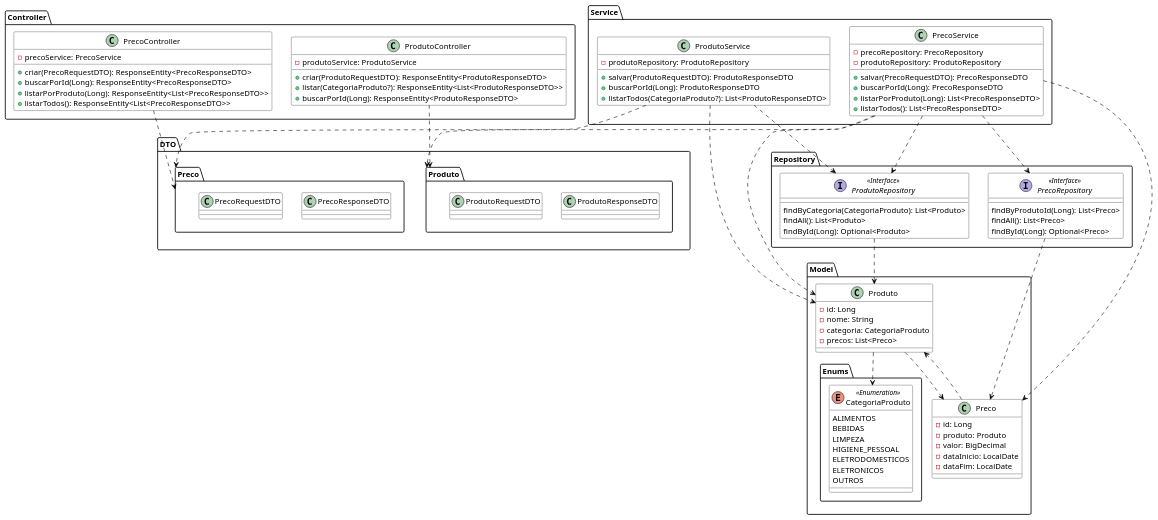
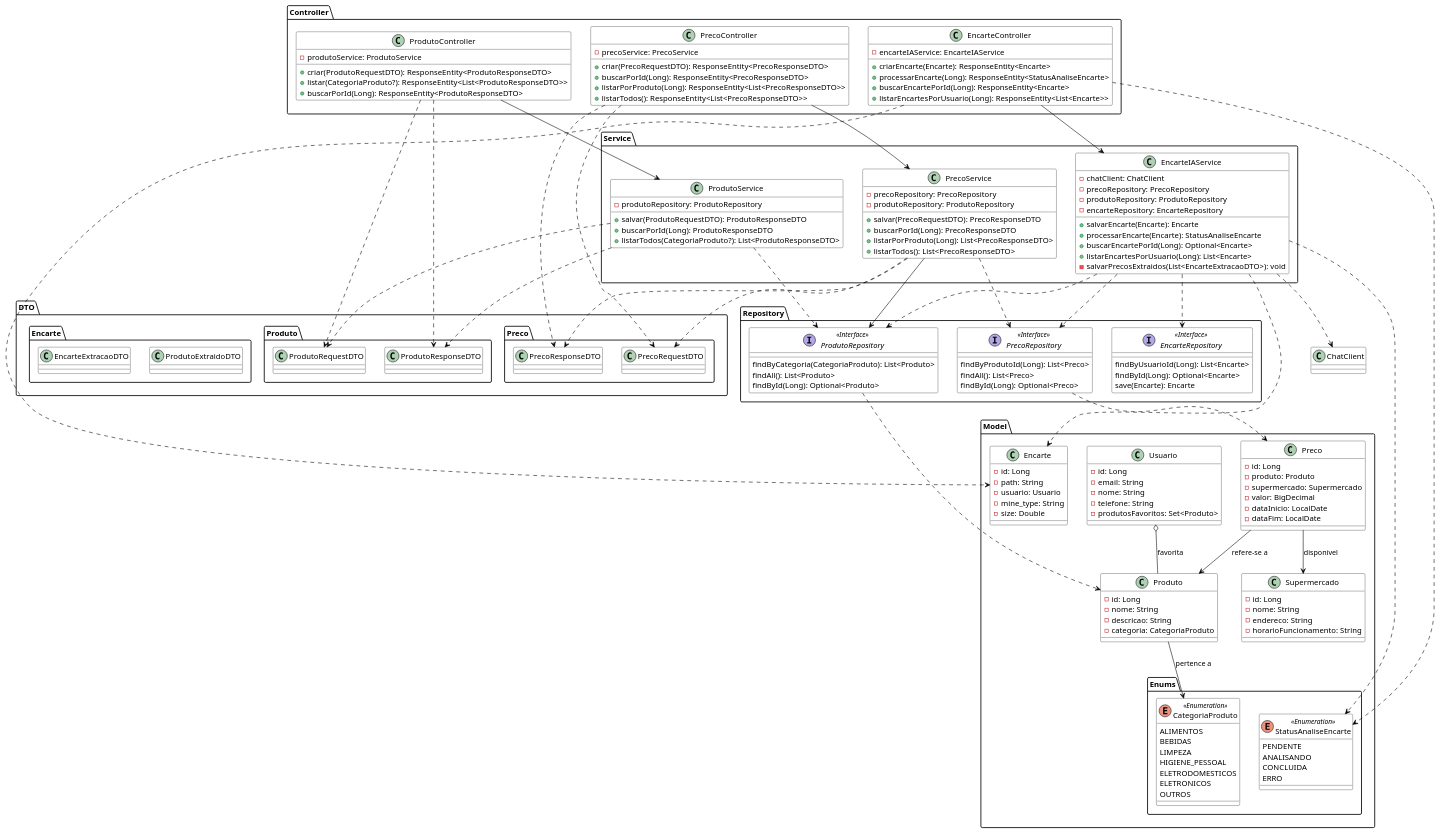
The diagram in docs/api.puml (davicfg/busca-oferta-api), drawn with PlantUML before and after one commit.

Commit message:
feat: add new classes

```diff
--- a/docs/api.puml
+++ b/docs/api.puml
@@ -1,4 +1,4 @@
-@startuml
+@startuml Busca Oferta API
 skinparam roundcorner 5
 skinparam class {
     BackgroundColor White
@@ -25,6 +25,14 @@
         + listarPorProduto(Long): ResponseEntity<List<PrecoResponseDTO>>
         + listarTodos(): ResponseEntity<List<PrecoResponseDTO>>
     }
+
+    class EncarteController {
+      - encarteIAService: EncarteIAService
+      + criarEncarte(Encarte): ResponseEntity<Encarte>
+      + processarEncarte(Long): ResponseEntity<StatusAnaliseEncarte>
+      + buscarEncartePorId(Long): ResponseEntity<Encarte>
+      + listarEncartesPorUsuario(Long): ResponseEntity<List<Encarte>>
+    }
 }
 
 package "DTO" {
@@ -36,6 +44,10 @@
     package "Preco" as DTO_Preco {
         class PrecoResponseDTO
         class PrecoRequestDTO
+    }
+    package "Encarte" as DTO_Encarte {
+        class ProdutoExtraidoDTO
+        class EncarteExtracaoDTO
     }
 }
 
@@ -55,6 +67,20 @@
         + listarPorProduto(Long): List<PrecoResponseDTO>
         + listarTodos(): List<PrecoResponseDTO>
     }
+
+
+    class EncarteIAService {
+      - chatClient: ChatClient
+      - precoRepository: PrecoRepository
+      - produtoRepository: ProdutoRepository
+      - encarteRepository: EncarteRepository
+
+      + salvarEncarte(Encarte): Encarte
+      + processarEncarte(Encarte): StatusAnaliseEncarte
+      + buscarEncartePorId(Long): Optional<Encarte>
+      + listarEncartesPorUsuario(Long): List<Encarte>
+      - salvarPrecosExtraidos(List<EncarteExtracaoDTO>): void
+    }
 }
 
 package "Model" {
@@ -68,22 +94,54 @@
             ELETRONICOS
             OUTROS
         }
+
+        enum StatusAnaliseEncarte <<Enumeration>> {
+            PENDENTE
+            ANALISANDO
+            CONCLUIDA
+            ERRO
+        }
     }
     
+    class Usuario {
+      - id: Long
+      - email: String
+      - nome: String
+      - telefone: String
+      - produtosFavoritos: Set<Produto>
+    }
+
     class Produto {
         - id: Long
         - nome: String
+        - descricao: String
         - categoria: CategoriaProduto
-        - precos: List<Preco>
     }
 
     class Preco {
         - id: Long
         - produto: Produto
+        - supermercado: Supermercado
         - valor: BigDecimal
         - dataInicio: LocalDate
         - dataFim: LocalDate
     }
+
+    class Supermercado {
+        - id: Long
+        - nome: String
+        - endereco: String
+        - horarioFuncionamento: String
+    }
+
+    class Encarte{
+      - id: Long
+      - path: String
+      - usuario: Usuario
+      - mine_type: String
+      - size: Double
+    }
+
 }
 
 package "Repository" {
@@ -98,24 +156,53 @@
         findAll(): List<Preco>
         findById(Long): Optional<Preco>
     }
+
+    interface EncarteRepository <<Interface>> {
+        findByUsuarioId(Long): List<Encarte>
+        findById(Long): Optional<Encarte>
+        save(Encarte): Encarte
+    }
 }
 
 ' Relationships (Dependencies)
-ProdutoController ..> DTO_Produto
-ProdutoService ..> DTO_Produto
-ProdutoService ..> Produto
+
+PrecoController --> PrecoService
+PrecoController ..> PrecoRequestDTO
+PrecoController ..> PrecoResponseDTO
+
+ProdutoController --> ProdutoService
+ProdutoController ..> ProdutoRequestDTO
+ProdutoController ..> ProdutoResponseDTO
+
+EncarteController --> EncarteIAService
+EncarteController ..> StatusAnaliseEncarte
+EncarteController ..> Encarte
+
+
+PrecoService ..> PrecoRepository
+PrecoService --> ProdutoRepository
+PrecoService ..> PrecoRequestDTO
+PrecoService ..> PrecoResponseDTO
+
 ProdutoService ..> ProdutoRepository
+ProdutoService ..> ProdutoRequestDTO
+ProdutoService ..> ProdutoResponseDTO
+
+EncarteIAService ..> EncarteRepository
+EncarteIAService ..> ChatClient
+EncarteIAService ..> PrecoRepository
+EncarteIAService ..> ProdutoRepository
+EncarteIAService ..> Encarte
+EncarteIAService ..> StatusAnaliseEncarte
+
+PrecoRepository ..> Preco
 ProdutoRepository ..> Produto
-Produto ..> CategoriaProduto
 
-PrecoController ..> DTO_Preco
-PrecoService ..> DTO_Preco
-PrecoService ..> Preco
-PrecoService ..> Produto
-PrecoService ..> PrecoRepository
-PrecoService ..> ProdutoRepository
-PrecoRepository ..> Preco
-Preco ..> Produto
-Produto ..> Preco
+
+
+Usuario o-- Produto : "favorita"
+Produto --> CategoriaProduto: "pertence a"
+Preco --> Produto: "refere-se a"
+Preco --> Supermercado: "disponível"
 
 @enduml
```
